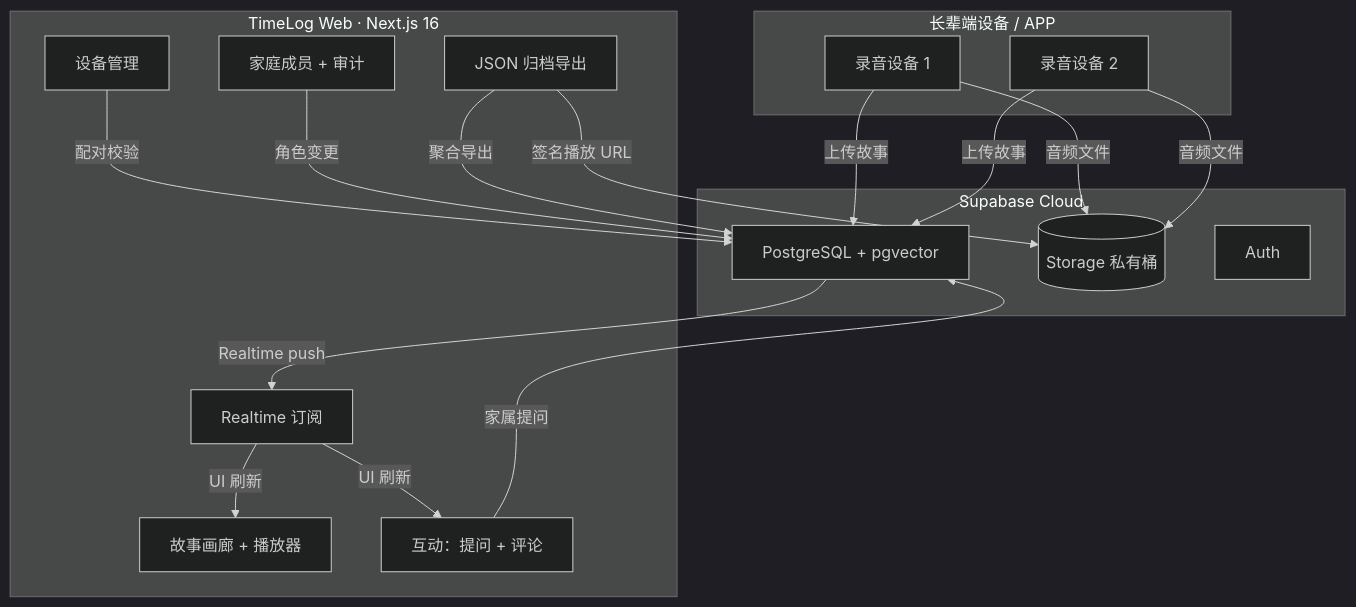
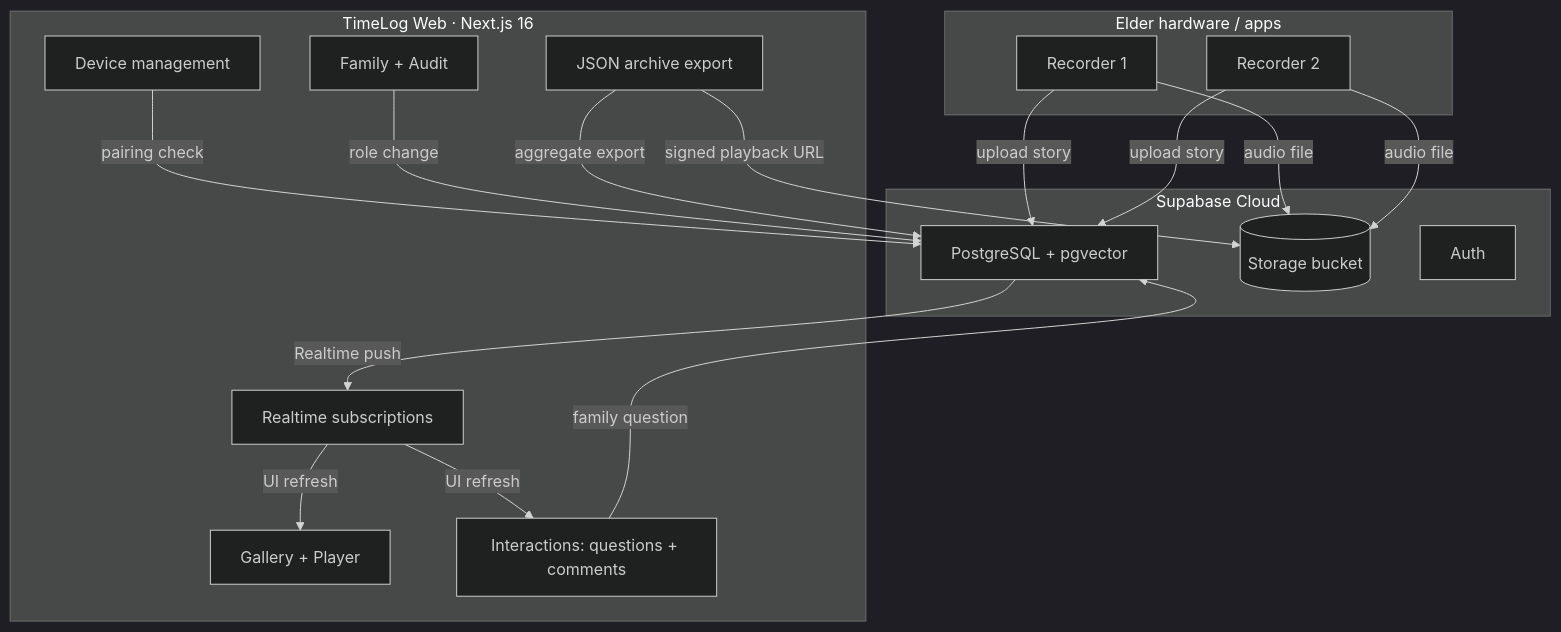
Before and after one commit to MeiSiristhebest/timelog-web: the first of 2 diagrams in README.md, drawn with Mermaid (dark theme). The commit also changed other lines of this file, not shown here.

````diff
--- a/README.md
+++ b/README.md
@@ -195,38 +200,38 @@
 ```mermaid
 graph TD
-    subgraph Devices["长辈端设备 / APP"]
-        D1["录音设备 1"]
-        D2["录音设备 2"]
+    subgraph Devices["Elder hardware / apps"]
+        D1["Recorder 1"]
+        D2["Recorder 2"]
     end
 
     subgraph Supabase["Supabase Cloud"]
         PG["PostgreSQL + pgvector"]
-        STO[("Storage 私有桶")]
+        STO[("Storage bucket")]
         AUTH["Auth"]
     end
 
     subgraph Web["TimeLog Web · Next.js 16"]
-        RT["Realtime 订阅"]
-        STORY["故事画廊 + 播放器"]
-        INT["互动：提问 + 评论"]
-        DEV["设备管理"]
-        FAM["家庭成员 + 审计"]
-        ADM["JSON 归档导出"]
+        RT["Realtime subscriptions"]
+        STORY["Gallery + Player"]
+        INT["Interactions: questions + comments"]
+        DEV["Device management"]
+        FAM["Family + Audit"]
+        ADM["JSON archive export"]
     end
 
-    D1 -->|"上传故事"| PG
-    D2 -->|"上传故事"| PG
-    D1 -->|"音频文件"| STO
-    D2 -->|"音频文件"| STO
+    D1 -->|"upload story"| PG
+    D2 -->|"upload story"| PG
+    D1 -->|"audio file"| STO
+    D2 -->|"audio file"| STO
 
     PG -->|"Realtime push"| RT
-    RT -->|"UI 刷新"| STORY
-    RT -->|"UI 刷新"| INT
+    RT -->|"UI refresh"| STORY
+    RT -->|"UI refresh"| INT
 
-    INT -->|"家属提问"| PG
-    DEV -->|"配对校验"| PG
-    FAM -->|"角色变更"| PG
+    INT -->|"family question"| PG
+    DEV -->|"pairing check"| PG
+    FAM -->|"role change"| PG
 
-    ADM -->|"聚合导出"| PG
-    ADM -->|"签名播放 URL"| STO
+    ADM -->|"aggregate export"| PG
+    ADM -->|"signed playback URL"| STO
 ```
````
